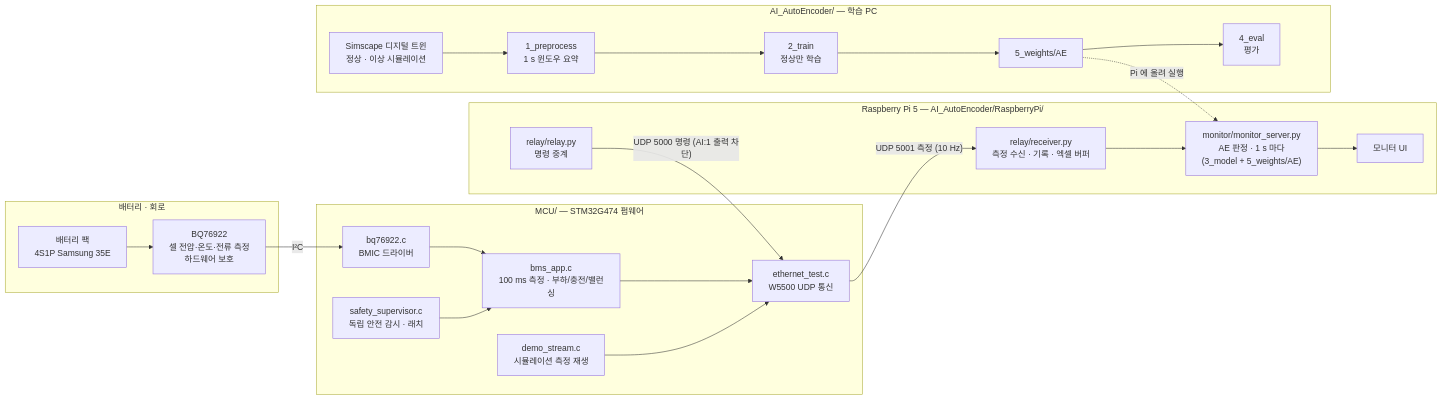
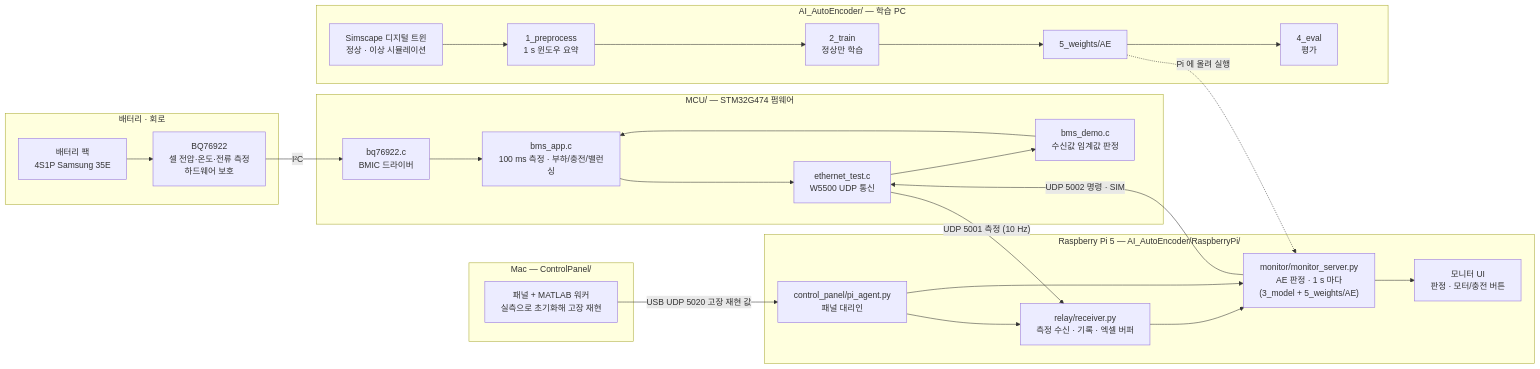
The diagram in README.md (DDongs068/2026ESWContest_mobility_kimdongwooteam), drawn with Mermaid before and after one commit. The commit also changed other lines of this file and 48 other files, not shown here.

First line of the commit message:
Update to final demo system: MCU judgment, UI controls, control panel

````diff
--- a/README.md
+++ b/README.md
@@ -9,26 +9,31 @@
 ```mermaid
 flowchart LR
     subgraph HW["배터리 · 회로"]
         PACK["배터리 팩<br/>4S1P Samsung 35E"] --> BQ["BQ76922<br/>셀 전압·온도·전류 측정<br/>하드웨어 보호"]
     end
     subgraph FW["MCU/ — STM32G474 펌웨어"]
         DRV["bq76922.c<br/>BMIC 드라이버"] --> APP["bms_app.c<br/>100 ms 측정 · 부하/충전/밸런싱"]
-        SAFE["safety_supervisor.c<br/>독립 안전 감시 · 래치"] --> APP
+        DEMO["bms_demo.c<br/>수신값 임계값 판정"] --> APP
         APP --> ETH["ethernet_test.c<br/>W5500 UDP 통신"]
-        DEMO["demo_stream.c<br/>시뮬레이션 측정 재생"] --> ETH
+        ETH --> DEMO
     end
     subgraph PI["Raspberry Pi 5 — AI_AutoEncoder/RaspberryPi/"]
         RX["relay/receiver.py<br/>측정 수신 · 기록 · 엑셀 버퍼"] --> AE["monitor/monitor_server.py<br/>AE 판정 · 1 s 마다<br/>(3_model + 5_weights/AE)"]
-        AE --> UI["모니터 UI"]
-        RLY["relay/relay.py<br/>명령 중계"]
+        AE --> UI["모니터 UI<br/>판정 · 모터/충전 버튼"]
+        AG["control_panel/pi_agent.py<br/>패널 대리인"] --> RX
+        AG --> AE
+    end
+    subgraph MAC["Mac — ControlPanel/"]
+        CP["패널 + MATLAB 워커<br/>실측으로 초기화해 고장 재현"]
     end
     subgraph TRAIN["AI_AutoEncoder/ — 학습 PC"]
         SIM["Simscape 디지털 트윈<br/>정상 · 이상 시뮬레이션"] --> PRE["1_preprocess<br/>1 s 윈도우 요약"]
         PRE --> TR["2_train<br/>정상만 학습"] --> W["5_weights/AE"]
         W --> EV["4_eval<br/>평가"]
     end
     BQ -- "I²C" --> DRV
     ETH -- "UDP 5001 측정 (10 Hz)" --> RX
-    RLY -- "UDP 5000 명령 (AI:1 출력 차단)" --> ETH
+    AE -- "UDP 5002 명령 · SIM" --> ETH
+    CP -- "USB UDP 5020 고장 재현 값" --> AG
     W -. "Pi 에 올려 실행" .-> AE
 ```
````
